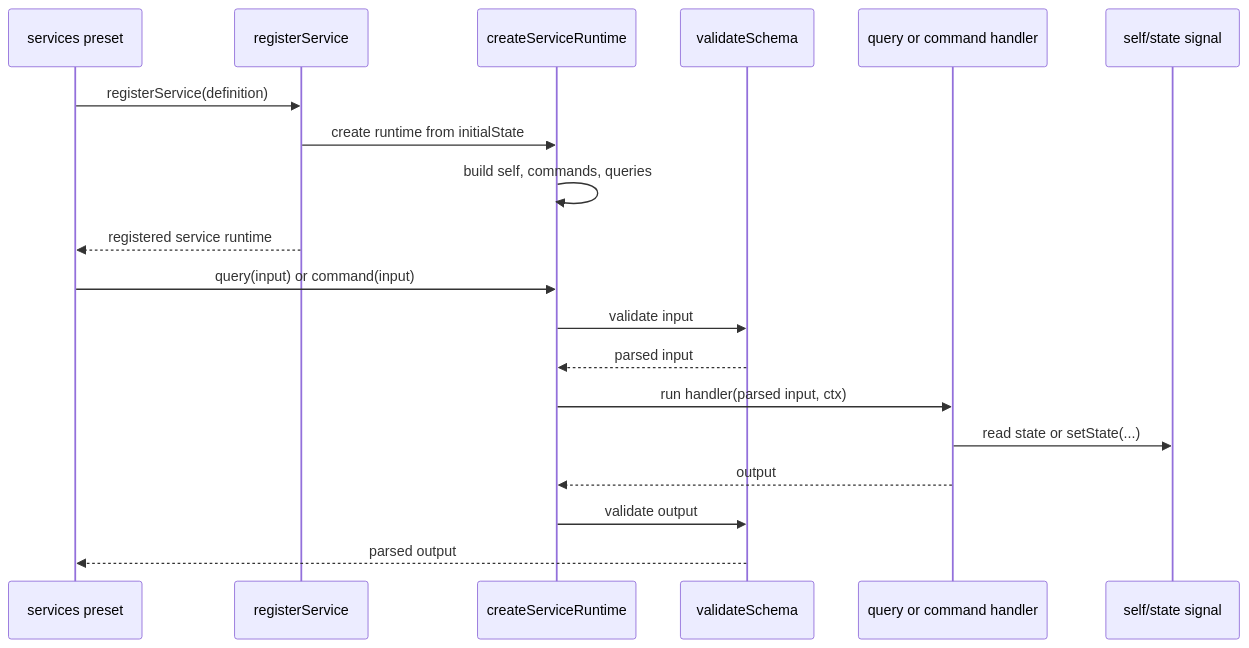
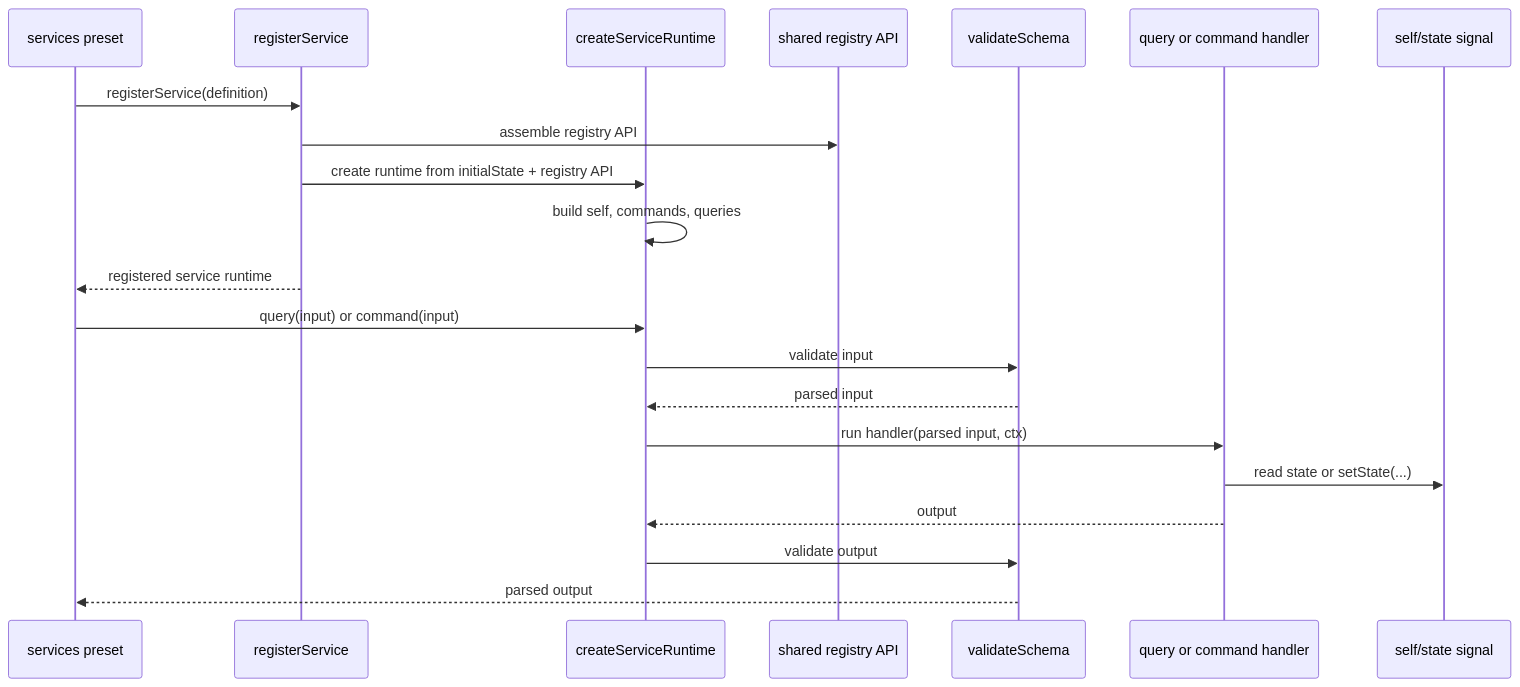
Before and after one commit to storybookjs/storybook: the second of 4 diagrams in code/core/src/shared/open-service/README.md, drawn with Mermaid. The commit also changed other lines of this file and 14 other files, not shown here.

````diff
--- a/code/core/src/shared/open-service/README.md
+++ b/code/core/src/shared/open-service/README.md
@@ -176,22 +181,24 @@
 ```mermaid
 sequenceDiagram
   participant Preset as services preset
   participant Registry as registerService
   participant Runtime as createServiceRuntime
+  participant API as shared registry API
   participant Schema as validateSchema
   participant Handler as query or command handler
   participant State as self/state signal
 
   Preset->>Registry: registerService(definition)
-  Registry->>Runtime: create runtime from initialState
+  Registry->>API: assemble registry API
+  Registry->>Runtime: create runtime from initialState + registry API
   Runtime->>Runtime: build self, commands, queries
   Registry-->>Preset: registered service runtime
   Preset->>Runtime: query(input) or command(input)
   Runtime->>Schema: validate input
   Schema-->>Runtime: parsed input
   Runtime->>Handler: run handler(parsed input, ctx)
   Handler->>State: read state or setState(...)
   Handler-->>Runtime: output
   Runtime->>Schema: validate output
   Schema-->>Preset: parsed output
 ```
````
